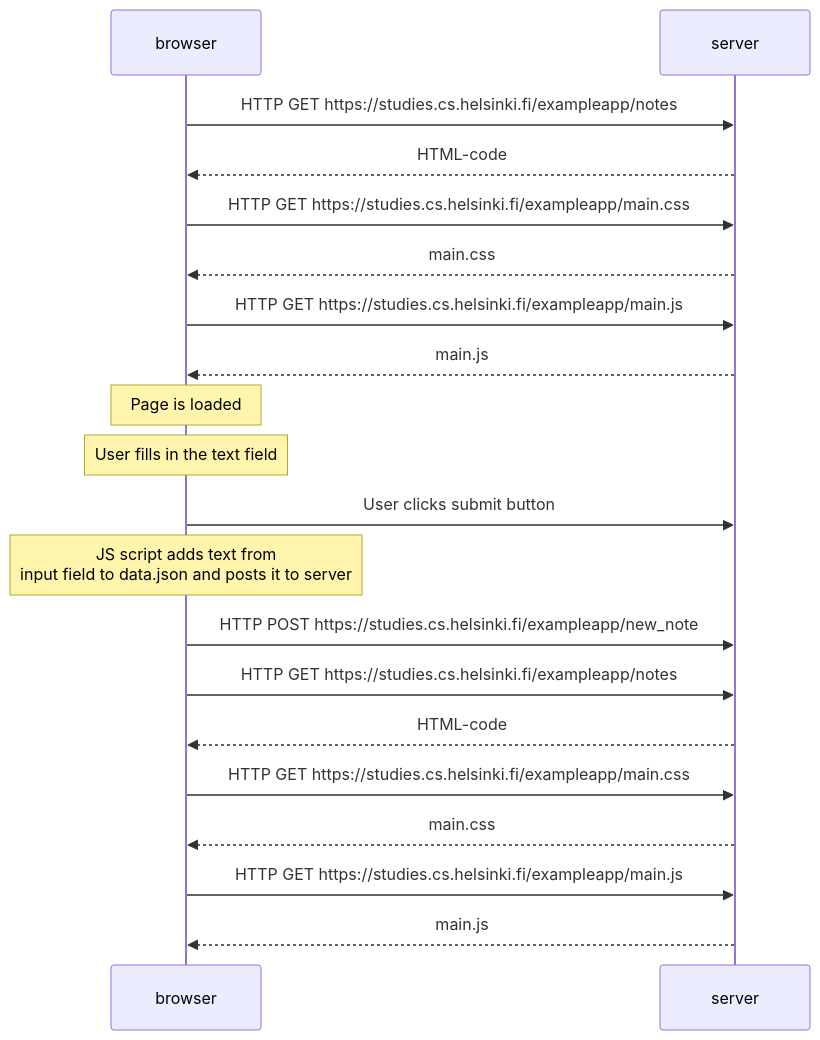
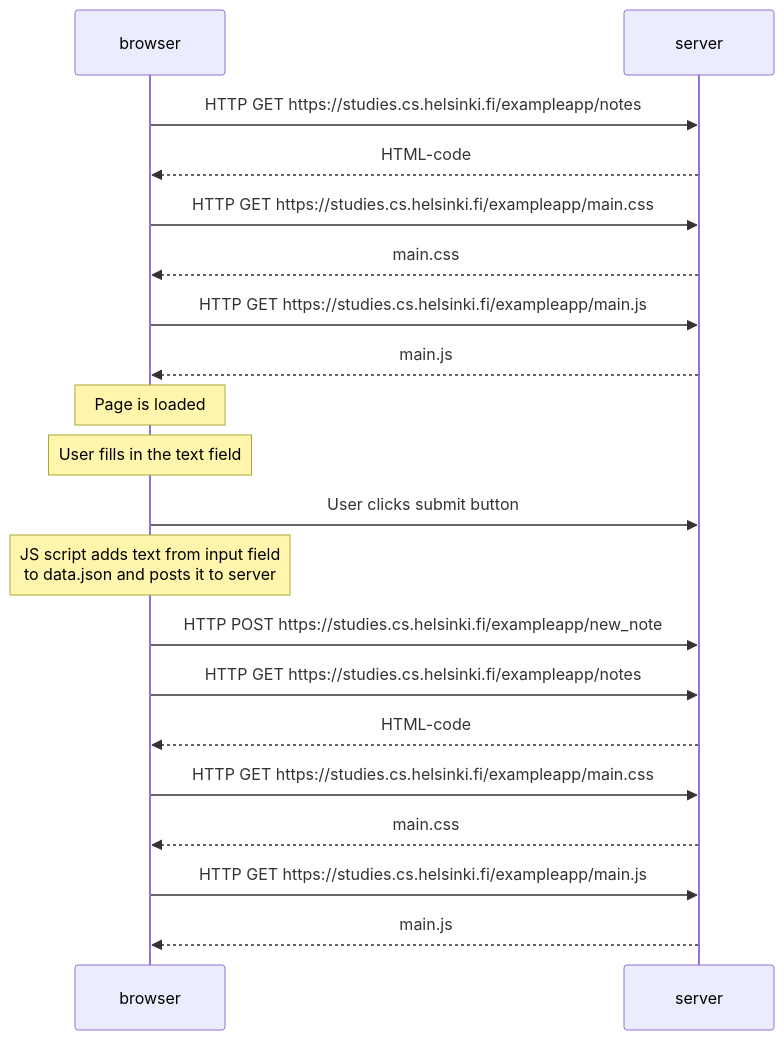
The diagram in part0/0.4: New note diagram.md (simon-archer/fullstack), drawn with Mermaid before and after one commit.

Commit message:
Update 0.4: New note diagram.md

````diff
--- a/part0/0.4: New note diagram.md
+++ b/part0/0.4: New note diagram.md
@@ -5,22 +5,22 @@
 ```mermaid
 sequenceDiagram
     participant browser
     participant server
     browser->>server: HTTP GET https://studies.cs.helsinki.fi/exampleapp/notes
     server-->>browser: HTML-code
     browser->>server: HTTP GET https://studies.cs.helsinki.fi/exampleapp/main.css
     server-->>browser: main.css
     browser->>server: HTTP GET https://studies.cs.helsinki.fi/exampleapp/main.js
     server-->>browser: main.js
     Note over browser: Page is loaded
     Note over browser: User fills in the text field
     browser->>server: User clicks submit button
-    Note over browser: JS script adds text from <br> input field to data.json and posts it to server
+    Note over browser: JS script adds text from input field <br> to data.json and posts it to server
     browser->>server: HTTP POST https://studies.cs.helsinki.fi/exampleapp/new_note
     browser->>server: HTTP GET https://studies.cs.helsinki.fi/exampleapp/notes
     server-->>browser: HTML-code
     browser->>server: HTTP GET https://studies.cs.helsinki.fi/exampleapp/main.css
     server-->>browser: main.css
     browser->>server: HTTP GET https://studies.cs.helsinki.fi/exampleapp/main.js
     server-->>browser: main.js
 ```
````
